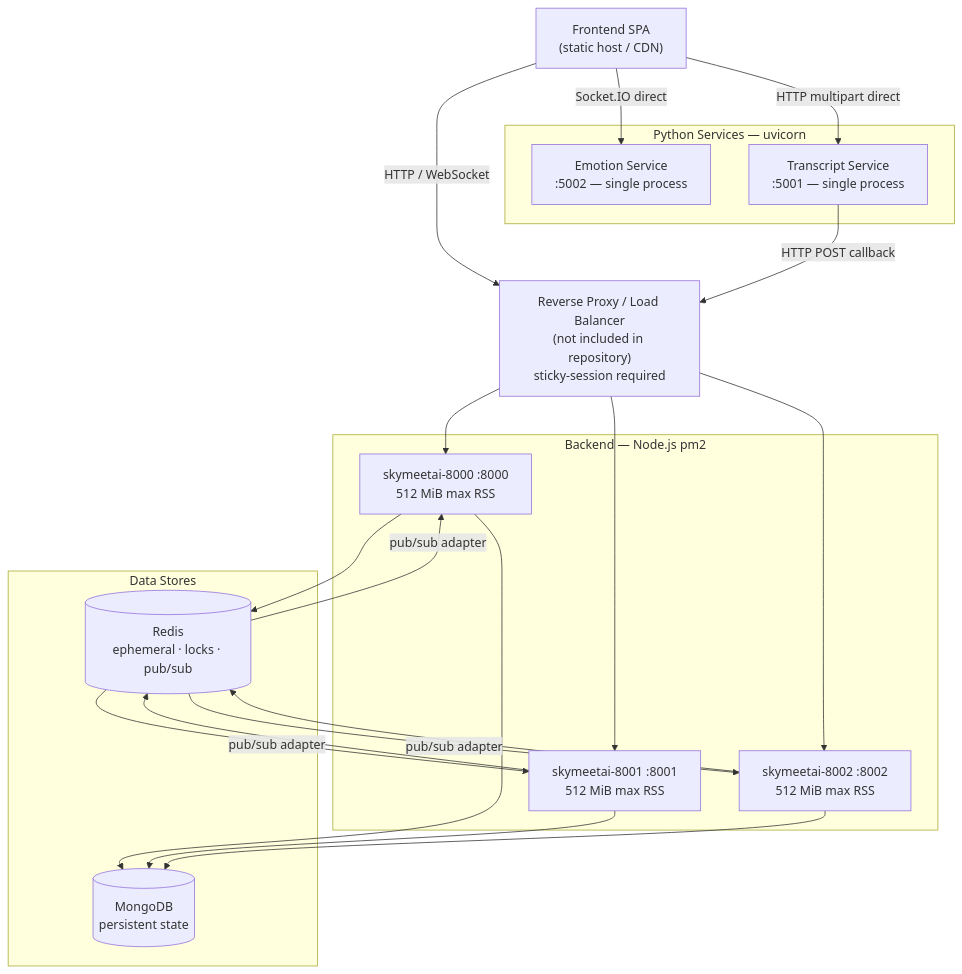
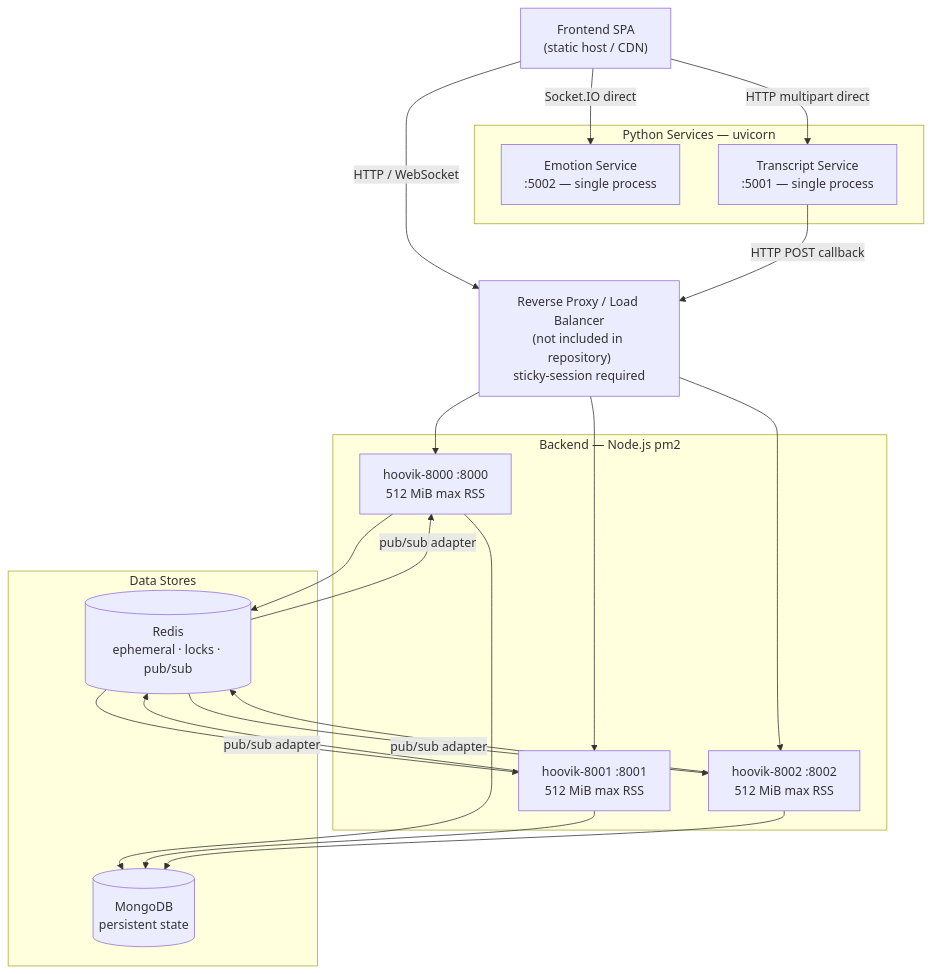
Before and after one commit to AnupamKumar-1/Hoovik: the fourth of 9 diagrams in README.md, drawn with Mermaid. The commit also changed other lines of this file and 17 other files, not shown here.

````diff
--- a/README.md
+++ b/README.md
@@ -303,32 +303,32 @@
 ```mermaid
 graph TD
     FE["Frontend SPA\n(static host / CDN)"]
     LB["Reverse Proxy / Load Balancer\n(not included in repository)\nsticky-session required"]
 
     subgraph BackendCluster ["Backend — Node.js pm2"]
-        B0["skymeetai-8000 :8000\n512 MiB max RSS"]
-        B1["skymeetai-8001 :8001\n512 MiB max RSS"]
-        B2["skymeetai-8002 :8002\n512 MiB max RSS"]
+        B0["hoovik-8000 :8000\n512 MiB max RSS"]
+        B1["hoovik-8001 :8001\n512 MiB max RSS"]
+        B2["hoovik-8002 :8002\n512 MiB max RSS"]
     end
 
     subgraph PythonServices ["Python Services — uvicorn"]
         ES["Emotion Service\n:5002 — single process"]
         TS["Transcript Service\n:5001 — single process"]
     end
 
     subgraph DataStores ["Data Stores"]
         Mongo[("MongoDB\npersistent state")]
         Redis[("Redis\nephemeral · locks · pub/sub")]
     end
 
     FE -->|"HTTP / WebSocket"| LB
     LB --> B0 & B1 & B2
     FE -->|"Socket.IO direct"| ES
     FE -->|"HTTP multipart direct"| TS
 
     B0 & B1 & B2 --> Mongo
     B0 & B1 & B2 --> Redis
     Redis -->|"pub/sub adapter"| B0 & B1 & B2
 
     TS -->|"HTTP POST callback"| LB
 ```
````
